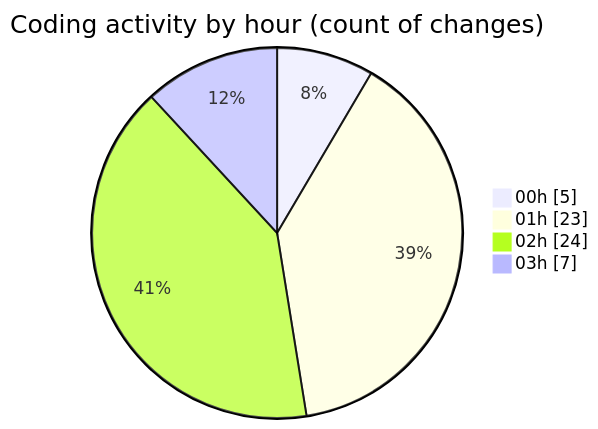
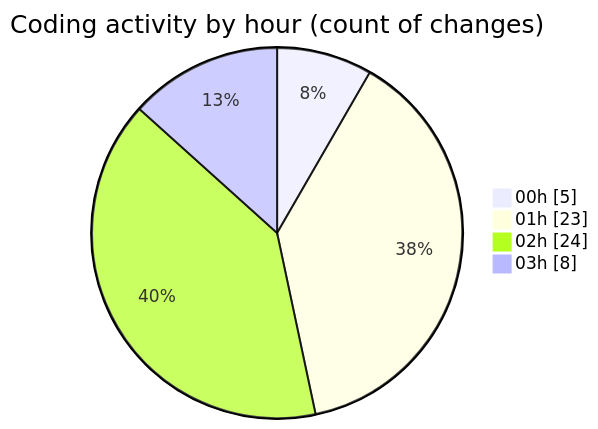
One commit to julien-gomy/code-tracking changed the second of 2 diagrams in 2025-11-06/usr_aleoudev_fr__workspace_/README.md. Above: the diagram before and after it, drawn with Mermaid. The commit also changed other lines of this file and 1 other file, not shown here.

````diff
--- a/2025-11-06/usr_aleoudev_fr__workspace_/README.md
+++ b/2025-11-06/usr_aleoudev_fr__workspace_/README.md
@@ -33,8 +33,8 @@
 ```mermaid
 pie showData
 title Coding activity by hour (count of changes)
 "00h" : 5
 "01h" : 23
 "02h" : 24
-"03h" : 7
+"03h" : 8
 ```
````
